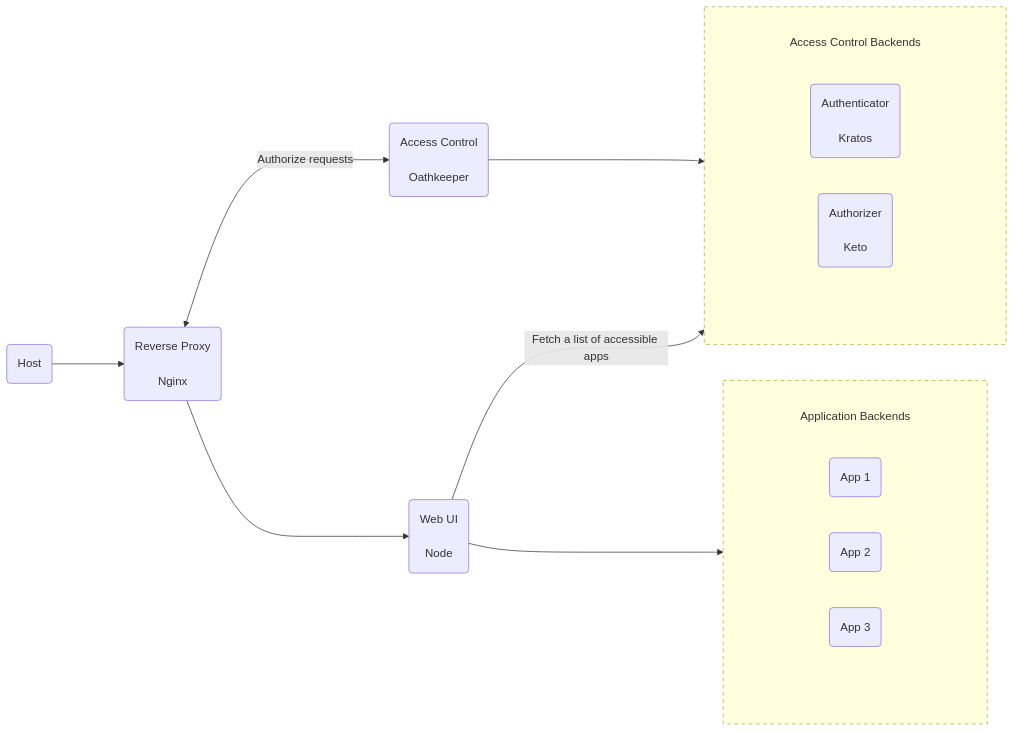
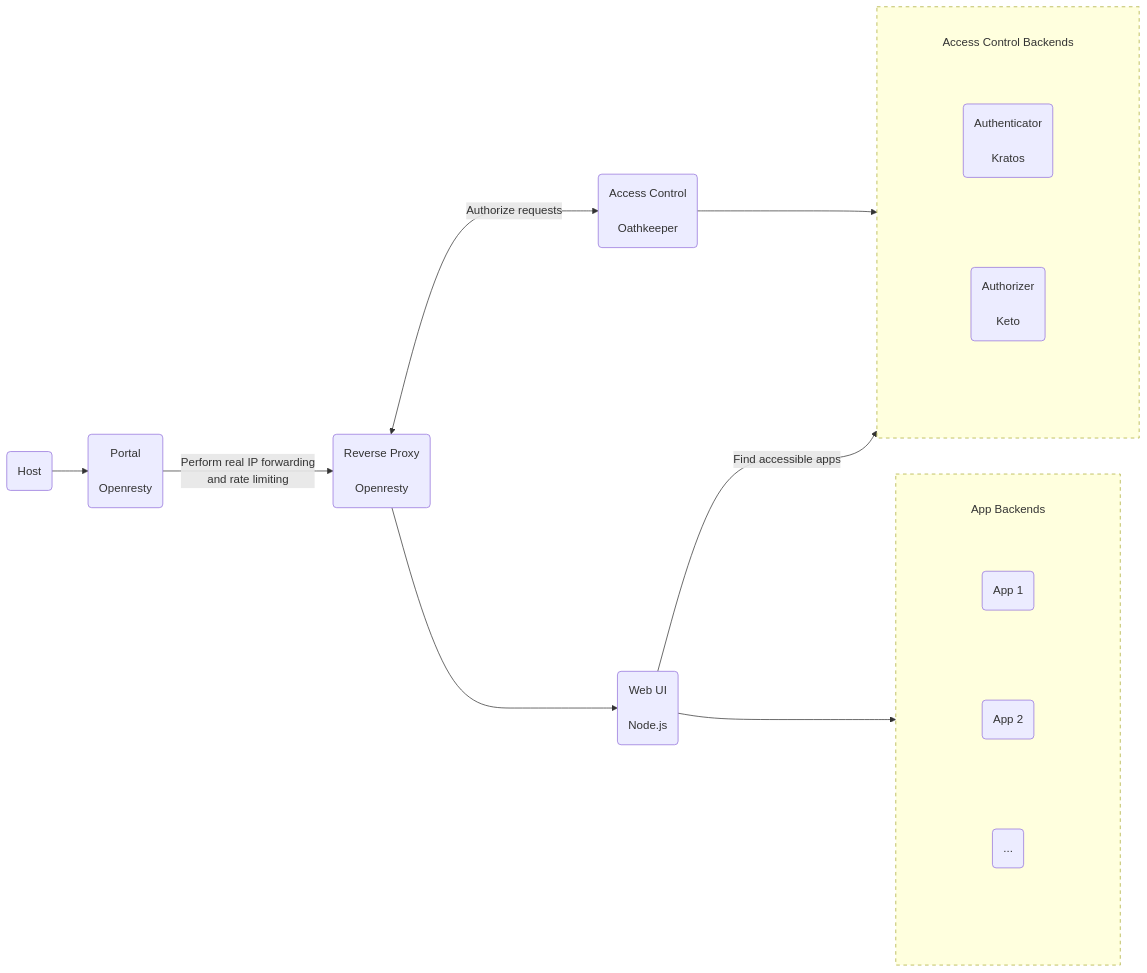
The diagram in docs/overview/architecture.md (raymond-u/lungo), drawn with Mermaid before and after one commit. The commit also changed other lines of this file, not shown here.

Commit message:
docs: update architecture

````diff
--- a/docs/overview/architecture.md
+++ b/docs/overview/architecture.md
@@ -3,34 +3,32 @@
 ```mermaid
 graph LR
-    Host(Host) ---> Proxy(Reverse Proxy <br /><br /> Nginx)
-    Proxy <--->|Authorize requests| Auth(Access Control <br /><br /> Oathkeeper) ---> Control
-    Proxy ---> UI(Web UI <br /><br /> Node)
-    UI --->|Fetch a list of accessible apps| Control
+    Host(Host) --> Portal(Portal<br /><br />Openresty)
+    Portal -->|Perform real IP forwarding<br />and rate limiting| Proxy(Reverse Proxy<br /><br />Openresty)
+    Proxy <--->|Authorize requests| Auth(Access Control<br /><br />Oathkeeper) ---> Control
+    Proxy ---> UI(Web UI<br /><br />Node.js)
+    UI --->|Find accessible apps| Control
     UI ---> Backends
 
     subgraph Control [&nbsp]
         subgraph P1 [Access Control Backends]
             subgraph P2 [&nbsp]
-                direction LR
-                Authenticator(Authenticator <br /><br /> Kratos)
-                Authorizer(Authorizer <br /><br /> Keto)
+                direction TB
+                Authenticator(Authenticator<br /><br />Kratos) ~~~ Authorizer(Authorizer<br /><br />Keto)
             end
         end
     end
 
     subgraph Backends [&nbsp]
-        subgraph P3 [Application Backends]
+        subgraph P3 [App Backends]
             subgraph P4 [&nbsp]
-                direction LR
-                App1(App 1)
-                App2(App 2)
-                App3(App 3)
+                direction TB
+                App1(App 1) ~~~ App2(App 2) ~~~ App0(...)
             end
         end
     end
 
     classDef Dotted stroke-dasharray: 5 5
     class Control,Backends Dotted
     classDef Padding fill: none, stroke: none
     class P1,P2,P3,P4 Padding
 ```
````
